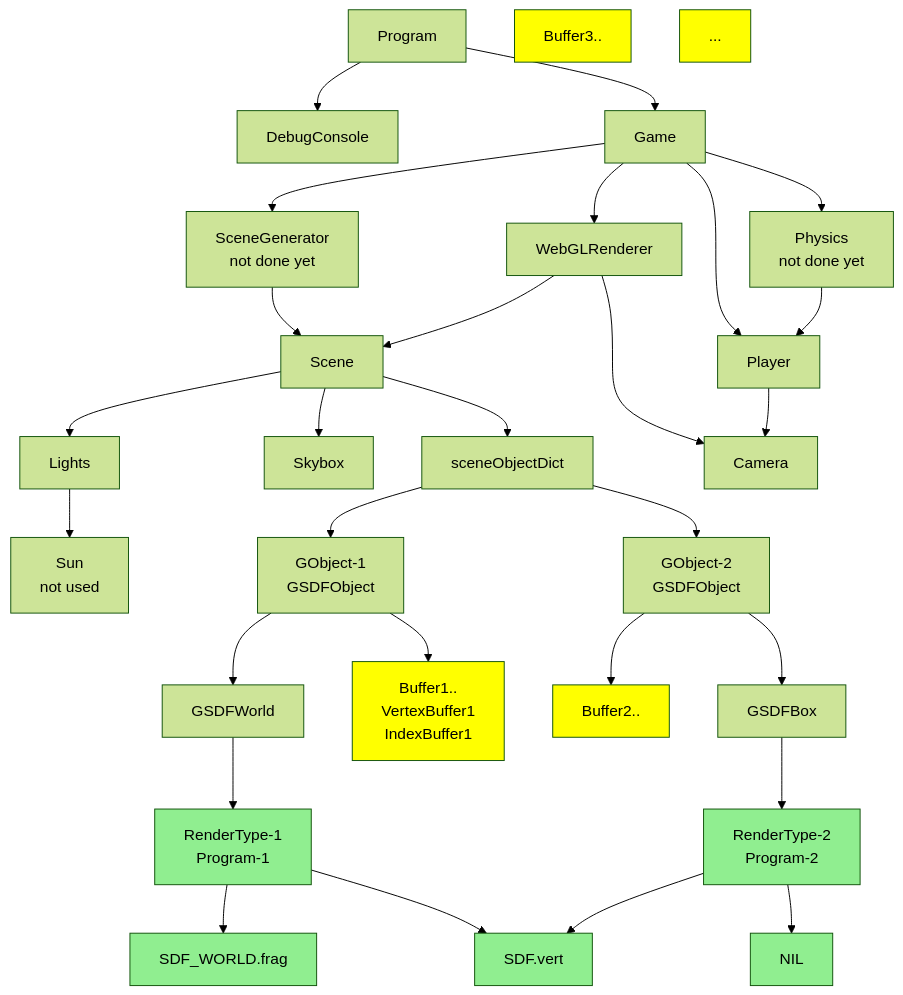
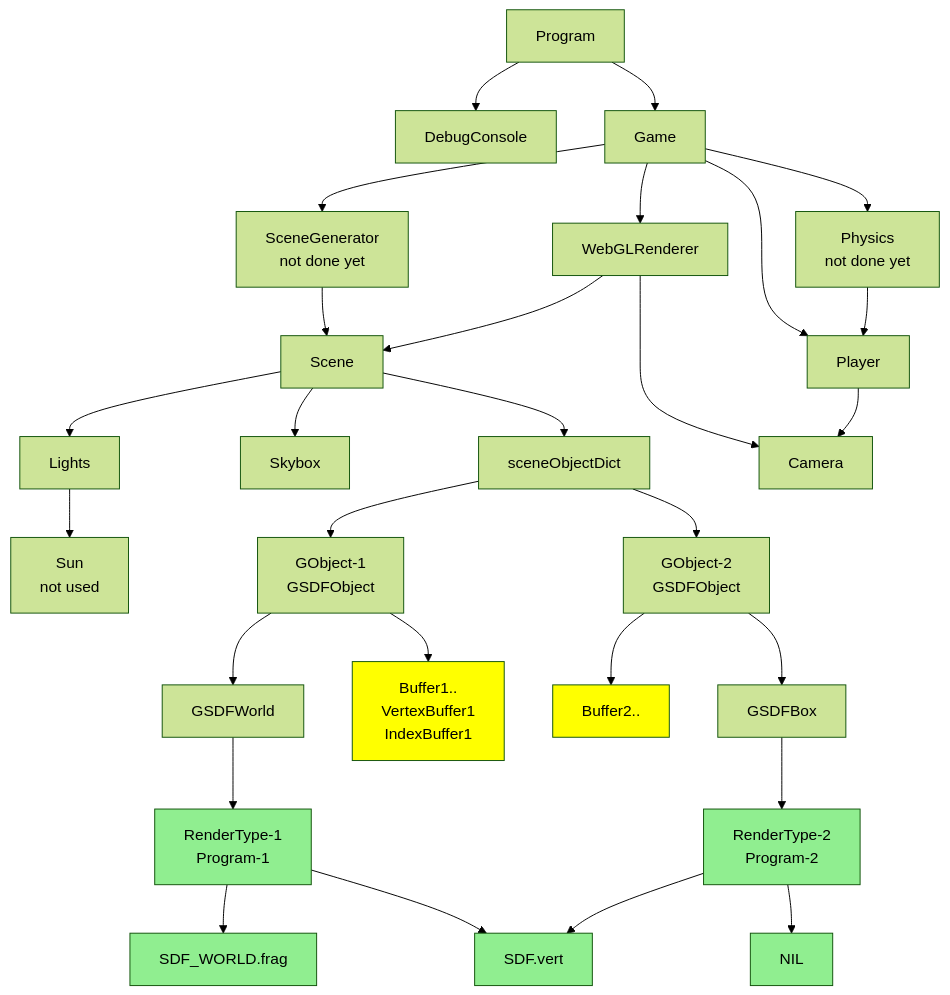
Before and after one commit to TomLBZ/LeapWebEngine: the diagram in architecture.mmd, drawn with Mermaid (forest theme). The commit also changed 2 other files, not shown here.

```diff
--- a/architecture.mmd
+++ b/architecture.mmd
@@ -1,38 +1,36 @@
 graph TB;
 Program --> DebugConsole;
 Program --> Game;
 Game --> WebGLRenderer;
 Game --> Player;
 Game --> SceneGenerator[SceneGenerator<br>not done yet];
 SceneGenerator --> Scene;
 Game --> Physics[Physics<br>not done yet];
 Physics --> Player;
 WebGLRenderer --> Scene;
 Scene --> Lights;
 Lights --> Sun[Sun<br>not used];
 Scene --> Skybox;
 Scene --> sceneObjectDict;
 WebGLRenderer --> Camera;
 Player --> Camera;
 sceneObjectDict --> GObject-1[GObject-1<br>GSDFObject];
 sceneObjectDict --> GObject-2[GObject-2<br>GSDFObject];
 GObject-1 --> Material-1[GSDFWorld];
 GObject-1 --> Buffer1..[Buffer1..<br>VertexBuffer1<br>IndexBuffer1];
 GObject-2 --> Buffer2..;
 GObject-2 --> Material-2[GSDFBox];
 Material-1 --> RenderType-1[RenderType-1<br>Program-1];
 Material-2 --> RenderType-2[RenderType-2<br>Program-2];
 RenderType-1 --> FragmentShader-A[SDF_WORLD.frag];
 RenderType-1 --> VertexShader-A[SDF.vert];
 RenderType-2 --> FragmentShader-B[NIL];
 RenderType-2 --> VertexShader-A;
 style RenderType-2 fill:lightgreen;
 style RenderType-1 fill:lightgreen;
 style FragmentShader-A fill:lightgreen;
 style FragmentShader-B fill:lightgreen;
 style VertexShader-A fill:lightgreen;
 style VertexShader-A fill:lightgreen;
 style Buffer1.. fill:yellow;
 style Buffer2.. fill:yellow;
-style Buffer3.. fill:yellow;
-style ... fill:yellow;
```
